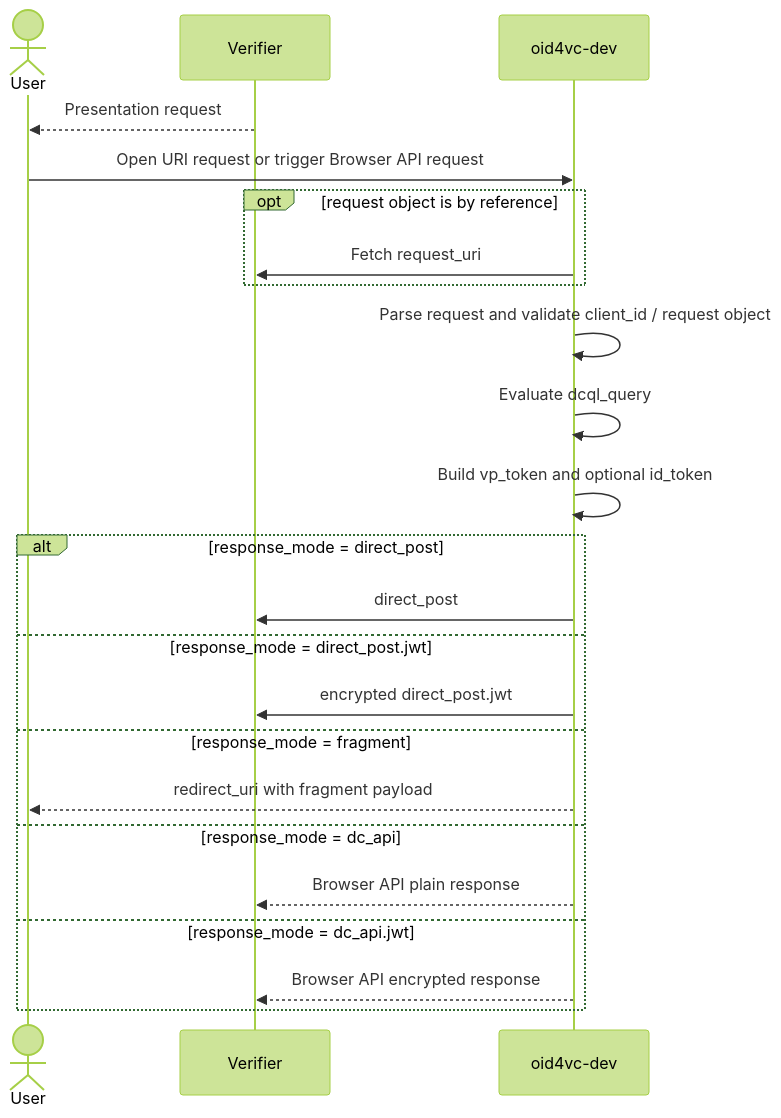
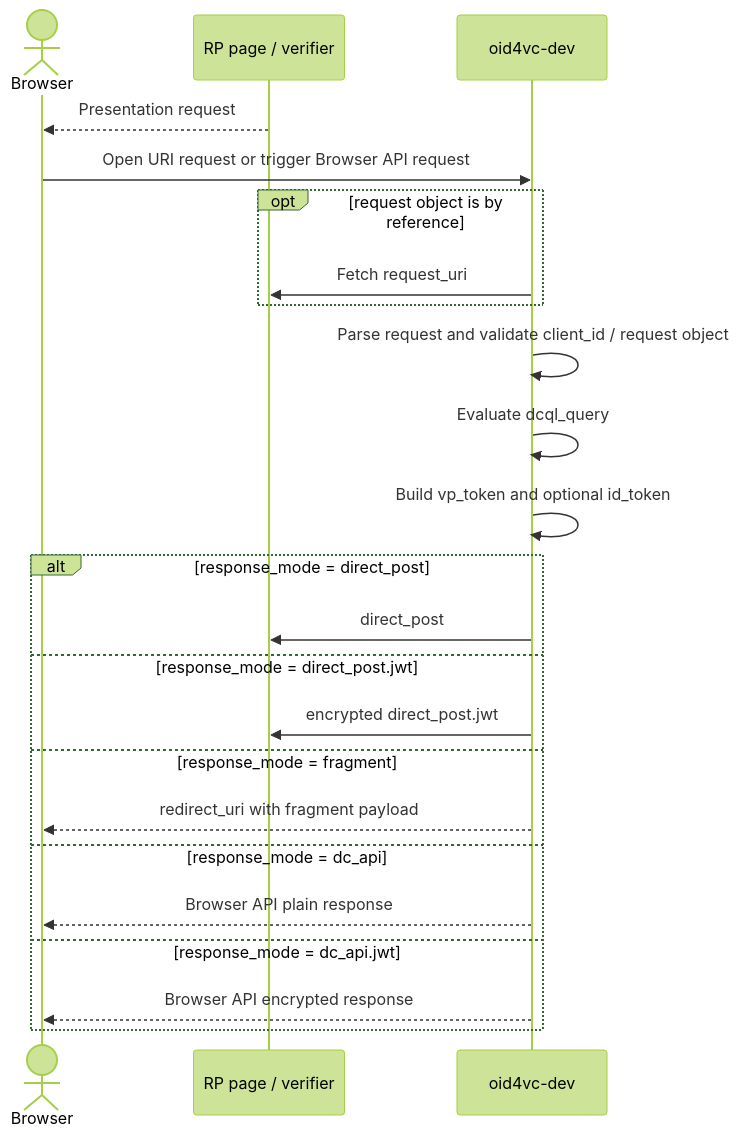
The first of 4 diagrams in docs/diagrams/oid4vp.md (dominikschlosser/ssi-debugger), drawn with Mermaid (forest theme) before and after one commit. The commit also changed other lines of this file and 10 other files, not shown here.

Commit message:
fix: SIOPv2 only mode and require-encrypted-request was not enforced

````diff
--- a/docs/diagrams/oid4vp.md
+++ b/docs/diagrams/oid4vp.md
@@ -7,26 +7,26 @@
 ```mermaid
 sequenceDiagram
-    actor User
-    participant Verifier
+    actor Browser
+    participant RP as RP page / verifier
     participant Wallet as oid4vc-dev
 
-    Verifier-->>User: Presentation request
-    User->>Wallet: Open URI request or trigger Browser API request
+    RP-->>Browser: Presentation request
+    Browser->>Wallet: Open URI request or trigger Browser API request
     opt request object is by reference
-        Wallet->>Verifier: Fetch request_uri
+        Wallet->>RP: Fetch request_uri
     end
     Wallet->>Wallet: Parse request and validate client_id / request object
     Wallet->>Wallet: Evaluate dcql_query
     Wallet->>Wallet: Build vp_token and optional id_token
     alt response_mode = direct_post
-        Wallet->>Verifier: direct_post
+        Wallet->>RP: direct_post
     else response_mode = direct_post.jwt
-        Wallet->>Verifier: encrypted direct_post.jwt
+        Wallet->>RP: encrypted direct_post.jwt
     else response_mode = fragment
-        Wallet-->>User: redirect_uri with fragment payload
+        Wallet-->>Browser: redirect_uri with fragment payload
     else response_mode = dc_api
-        Wallet-->>Verifier: Browser API plain response
+        Wallet-->>Browser: Browser API plain response
     else response_mode = dc_api.jwt
-        Wallet-->>Verifier: Browser API encrypted response
+        Wallet-->>Browser: Browser API encrypted response
     end
 ```
````
